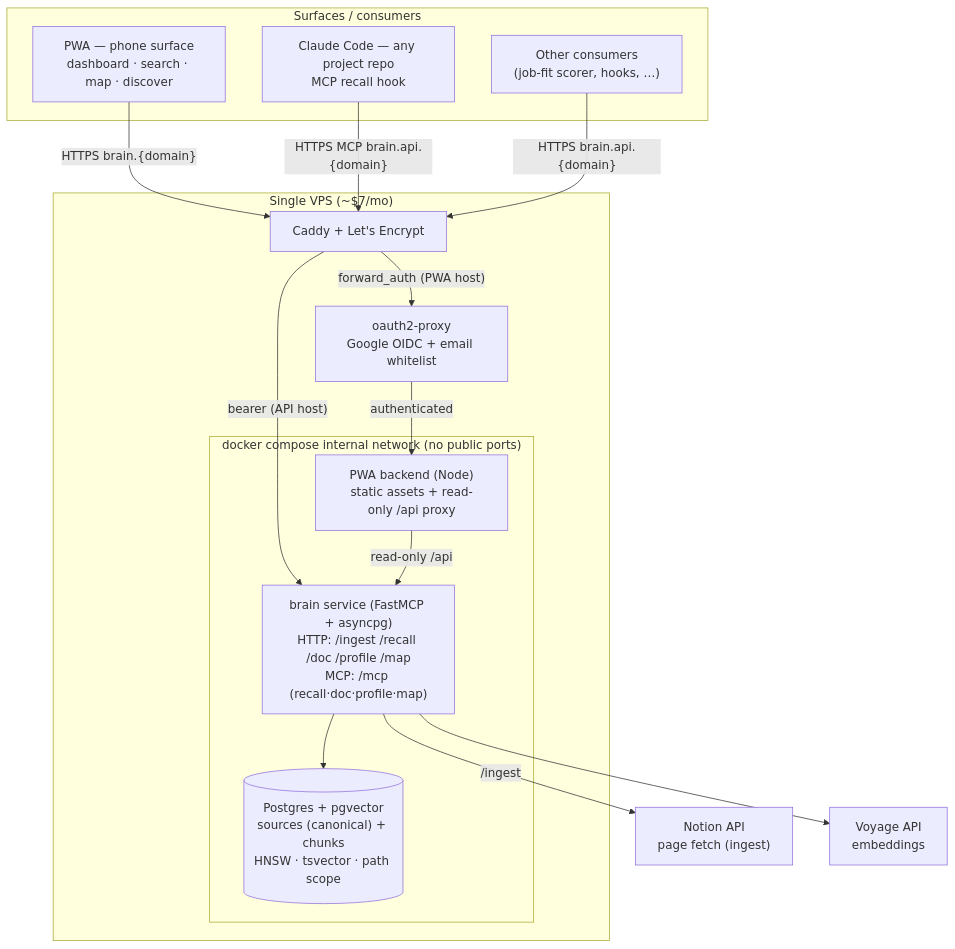
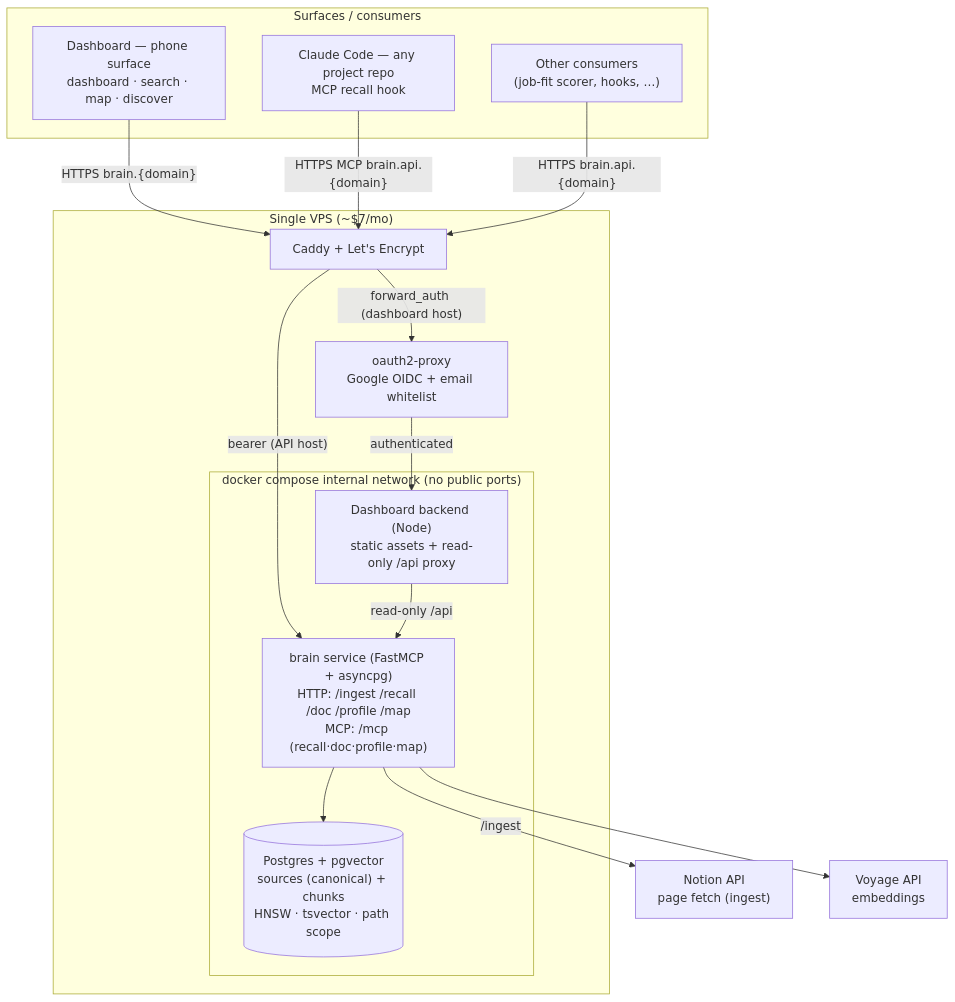
One commit to slaguardia/brainbot changed the diagram in docs/architecture.md. Above: the diagram before and after it, drawn with Mermaid. The commit also changed other lines of this file and 61 other files, not shown here.

First line of the commit message:
Rename the brainbot frontend pwa/ → dashboard/ and drop PWA naming

````diff
--- a/docs/architecture.md
+++ b/docs/architecture.md
@@ -68,33 +68,33 @@
 ```mermaid
 flowchart TB
   subgraph Surfaces["Surfaces / consumers"]
-    PWA_UI["PWA — phone surface<br/>dashboard · search · map · discover"]
+    DASH_UI["Dashboard — phone surface<br/>dashboard · search · map · discover"]
     CC["Claude Code — any project repo<br/>MCP recall hook"]
     APP["Other consumers<br/>(job-fit scorer, hooks, …)"]
   end
 
   subgraph VPS["Single VPS (~$7/mo)"]
     CADDY["Caddy + Let's Encrypt"]
     OAUTH["oauth2-proxy<br/>Google OIDC + email whitelist"]
 
     subgraph DockerNet["docker compose internal network (no public ports)"]
-      PWA_BE["PWA backend (Node)<br/>static assets + read-only /api proxy"]
+      DASH_BE["Dashboard backend (Node)<br/>static assets + read-only /api proxy"]
       BRAIN["brain service (FastMCP + asyncpg)<br/>HTTP: /ingest /recall /doc /profile /map<br/>MCP: /mcp (recall·doc·profile·map)"]
       PG[("Postgres + pgvector<br/>sources (canonical) + chunks<br/>HNSW · tsvector · path scope")]
     end
   end
 
   NOTION["Notion API<br/>page fetch (ingest)"]
   VOY["Voyage API<br/>embeddings"]
 
-  PWA_UI -->|"HTTPS brain.{domain}"| CADDY
+  DASH_UI -->|"HTTPS brain.{domain}"| CADDY
   CC -->|"HTTPS MCP brain.api.{domain}"| CADDY
   APP -->|"HTTPS brain.api.{domain}"| CADDY
-  CADDY -->|"forward_auth (PWA host)"| OAUTH
-  OAUTH -->|authenticated| PWA_BE
+  CADDY -->|"forward_auth (dashboard host)"| OAUTH
+  OAUTH -->|authenticated| DASH_BE
   CADDY -->|"bearer (API host)"| BRAIN
-  PWA_BE -->|"read-only /api"| BRAIN
+  DASH_BE -->|"read-only /api"| BRAIN
   BRAIN --> PG
   BRAIN -->|"/ingest"| NOTION
   BRAIN --> VOY
 ```
````
